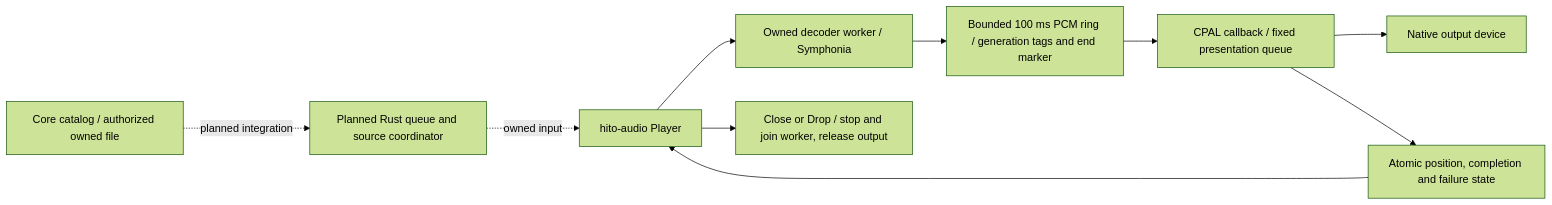
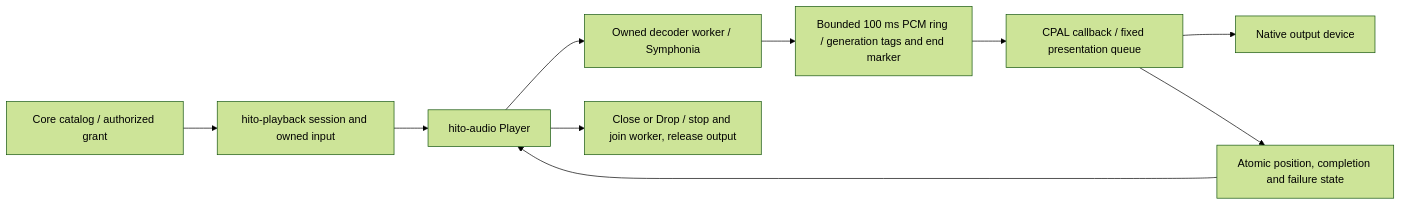
The first of 2 diagrams in docs/native-audio.md (acidiney/hitoapp), drawn with Mermaid (forest theme) before and after one commit. The commit also changed other lines of this file and 7 other files, not shown here.

Commit message:
Document authorized native playback ownership and limits

````diff
--- a/docs/native-audio.md
+++ b/docs/native-audio.md
@@ -9,12 +9,12 @@
 ```mermaid
 flowchart LR
-  Catalog[Core catalog / authorized owned file] -. planned integration .-> Coordinator[Planned Rust queue and source coordinator]
-  Coordinator -. owned input .-> Player[hito-audio Player]
+  Catalog[Core catalog / authorized grant] --> Session[hito-playback session and owned input]
+  Session --> Player[hito-audio Player]
   Player --> Decoder[Owned decoder worker / Symphonia]
   Decoder --> PCM[Bounded 100 ms PCM ring / generation tags and end marker]
   PCM --> Render[CPAL callback / fixed presentation queue]
   Render --> Device[Native output device]
   Render --> State[Atomic position, completion and failure state]
   State --> Player
   Player --> Join[Close or Drop / stop and join worker, release output]
 ```
````
